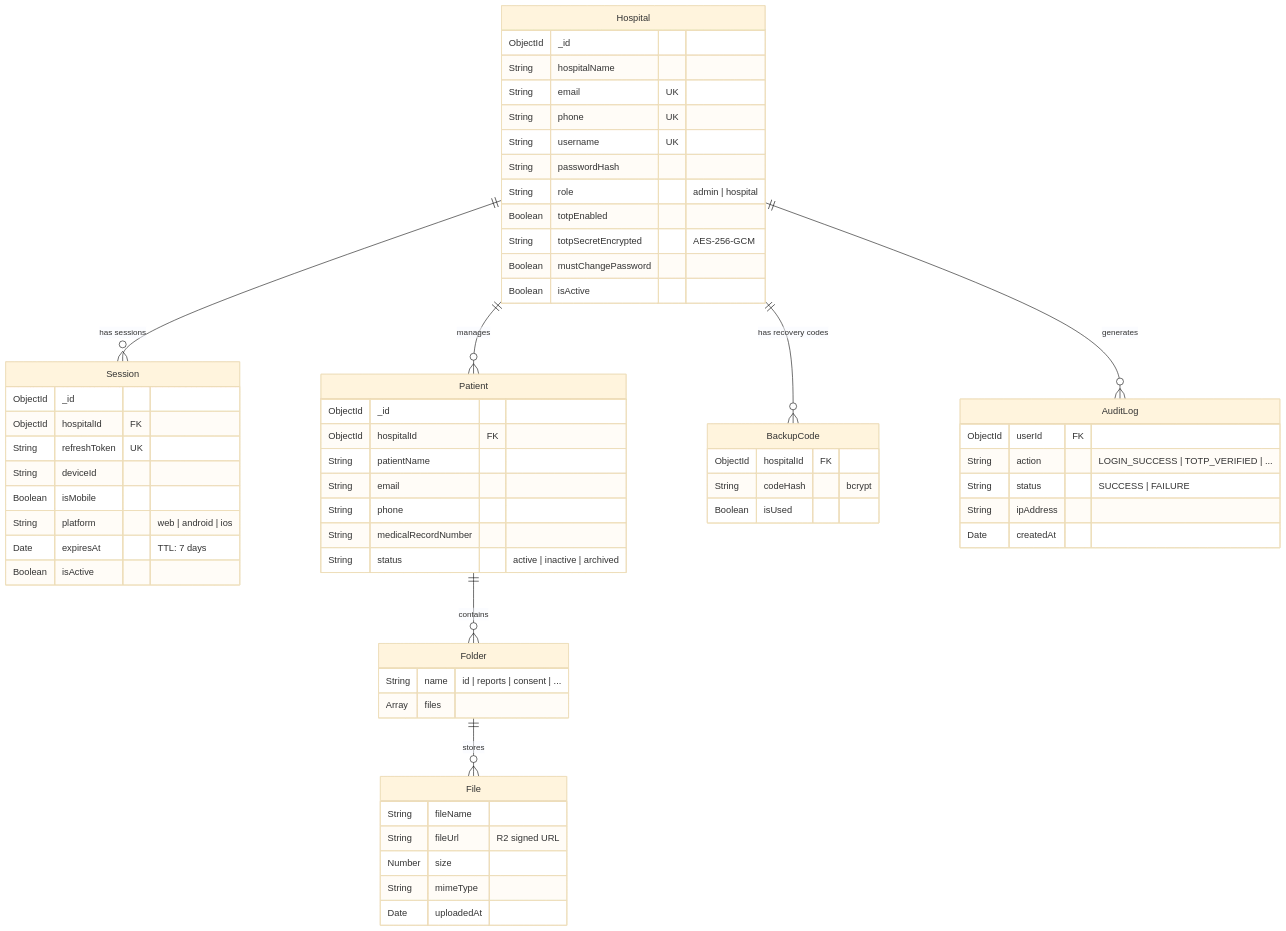
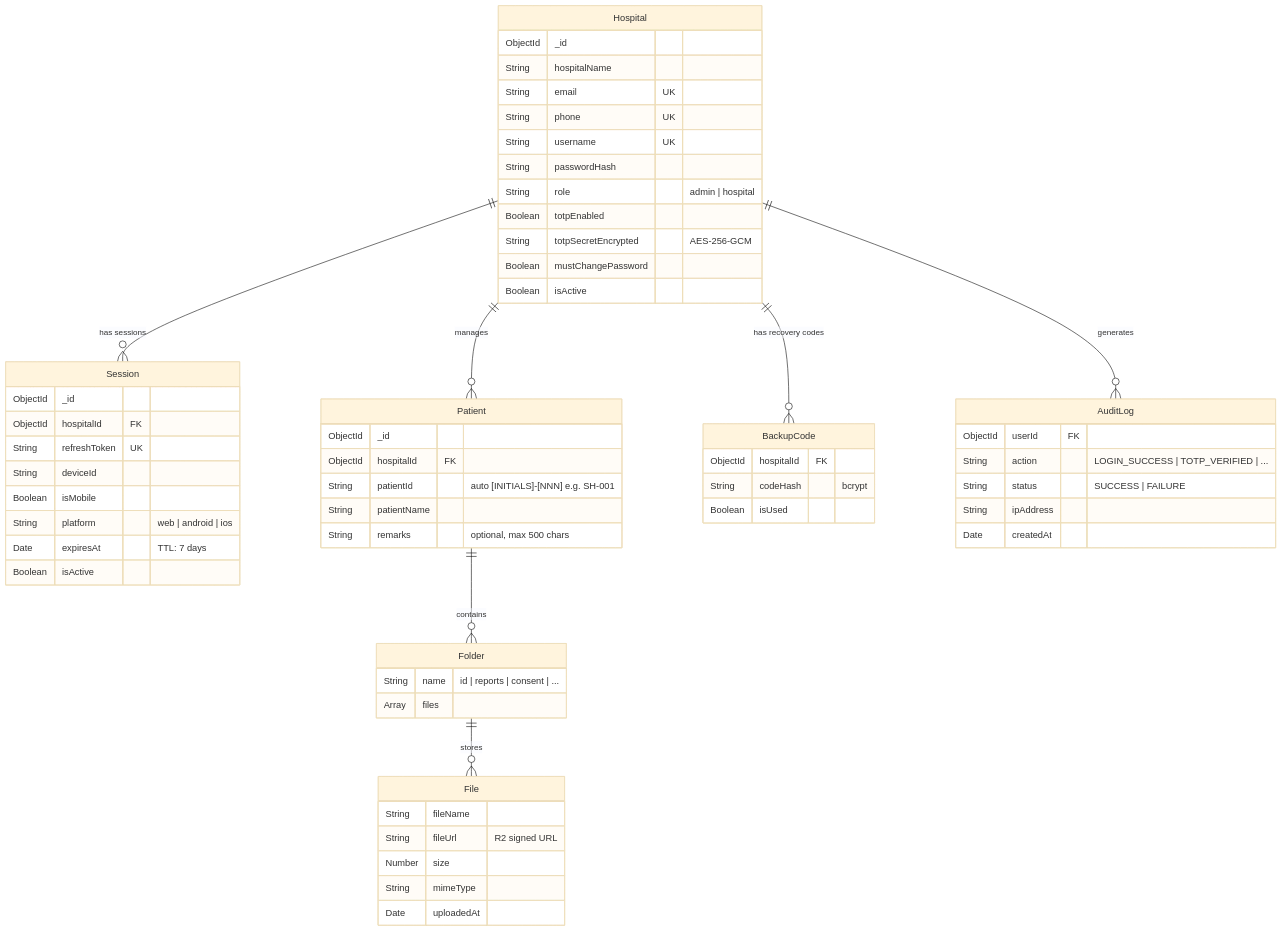
Before and after one commit to urvagandhi/Hospital-Management: the fourth of 6 diagrams in README.md, drawn with Mermaid (base theme). The commit also changed 40 other files, not shown here.

First line of the commit message:
refactor(patient): simplify patient model to name + remarks + auto-generated ID

````diff
--- a/README.md
+++ b/README.md
@@ -158,71 +158,69 @@
 ```mermaid
 erDiagram
     Hospital ||--o{ Session : "has sessions"
     Hospital ||--o{ Patient : "manages"
     Hospital ||--o{ BackupCode : "has recovery codes"
     Hospital ||--o{ AuditLog : "generates"
     Patient ||--o{ Folder : "contains"
     Folder ||--o{ File : "stores"
 
     Hospital {
         ObjectId _id
         String hospitalName
         String email UK
         String phone UK
         String username UK
         String passwordHash
         String role "admin | hospital"
         Boolean totpEnabled
         String totpSecretEncrypted "AES-256-GCM"
         Boolean mustChangePassword
         Boolean isActive
     }
 
     Session {
         ObjectId _id
         ObjectId hospitalId FK
         String refreshToken UK
         String deviceId
         Boolean isMobile
         String platform "web | android | ios"
         Date expiresAt "TTL: 7 days"
         Boolean isActive
     }
 
     Patient {
         ObjectId _id
         ObjectId hospitalId FK
+        String patientId "auto [INITIALS]-[NNN] e.g. SH-001"
         String patientName
-        String email
-        String phone
-        String medicalRecordNumber
-        String status "active | inactive | archived"
+        String remarks "optional, max 500 chars"
     }
 
     Folder {
         String name "id | reports | consent | ..."
         Array files
     }
 
     File {
         String fileName
         String fileUrl "R2 signed URL"
         Number size
         String mimeType
         Date uploadedAt
     }
 
     BackupCode {
         ObjectId hospitalId FK
         String codeHash "bcrypt"
         Boolean isUsed
     }
 
     AuditLog {
         ObjectId userId FK
         String action "LOGIN_SUCCESS | TOTP_VERIFIED | ..."
         String status "SUCCESS | FAILURE"
         String ipAddress
         Date createdAt
     }
 ```
````
